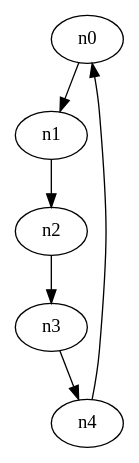
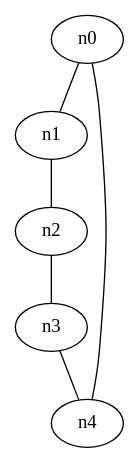
Before and after one commit to junekihong/JumanG: the diagram in dot/ring.dot, drawn with Graphviz. The commit also changed 1 other file, not shown here.

```diff
--- a/dot/ring.dot
+++ b/dot/ring.dot
@@ -1,8 +1,8 @@
-digraph G {
-n0 -> n1 
-n1 -> n2 
-n2 -> n3 
-n3 -> n4
-n4 -> n0
+graph G {
+n0 -- n1 
+n1 -- n2 
+n2 -- n3 
+n3 -- n4
+n4 -- n0
 
 }
```
